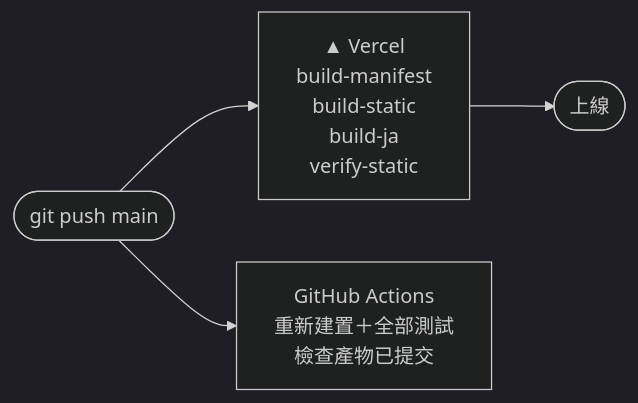
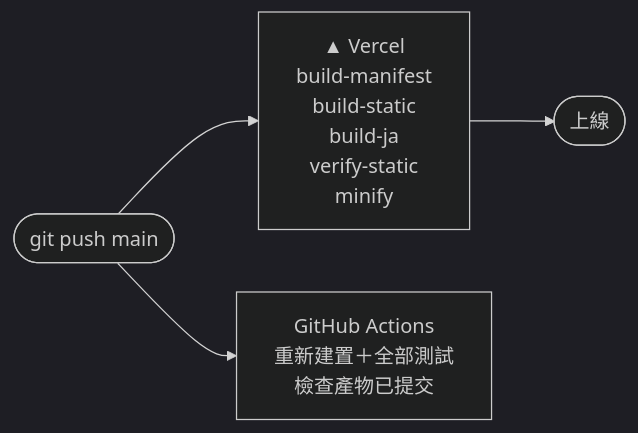
The ninth of 9 diagrams in README.md (Yu-0312/senior-science), drawn with Mermaid (dark theme) before and after one commit. The commit also changed other lines of this file and 3 other files, not shown here.

````diff
--- a/README.md
+++ b/README.md
@@ -567,5 +569,5 @@
 ```mermaid
 flowchart LR
-    push(["git push main"]) --> V["▲ Vercel<br/>build-manifest<br/>build-static<br/>build-ja<br/>verify-static"] --> L(["上線"])
+    push(["git push main"]) --> V["▲ Vercel<br/>build-manifest<br/>build-static<br/>build-ja<br/>verify-static<br/>minify"] --> L(["上線"])
     push --> GA["GitHub Actions<br/>重新建置＋全部測試<br/>檢查產物已提交"]
 ```
````
